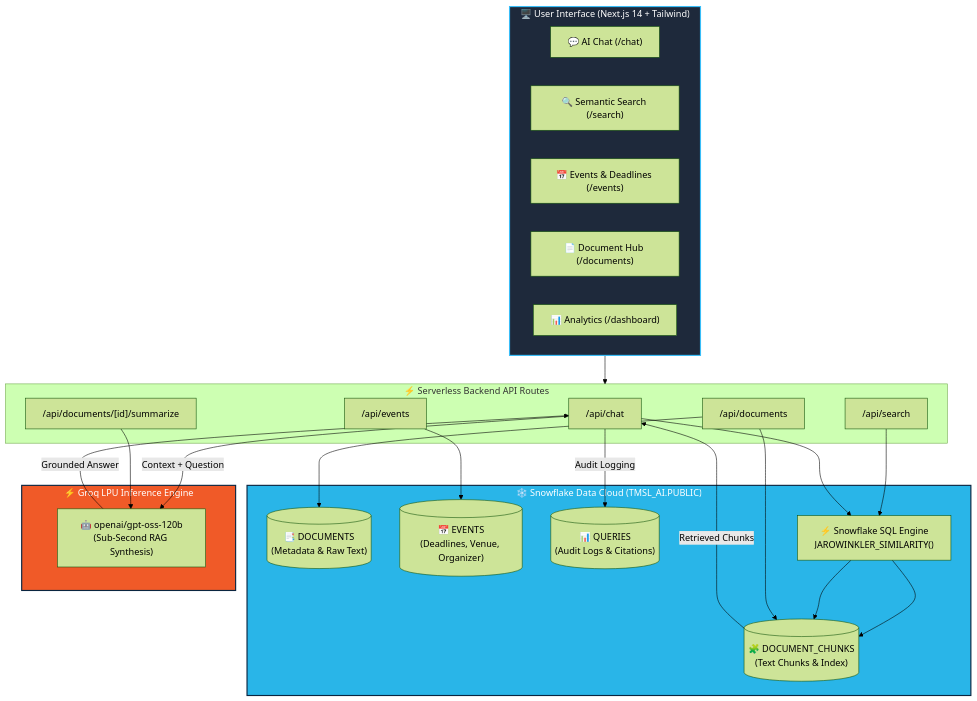
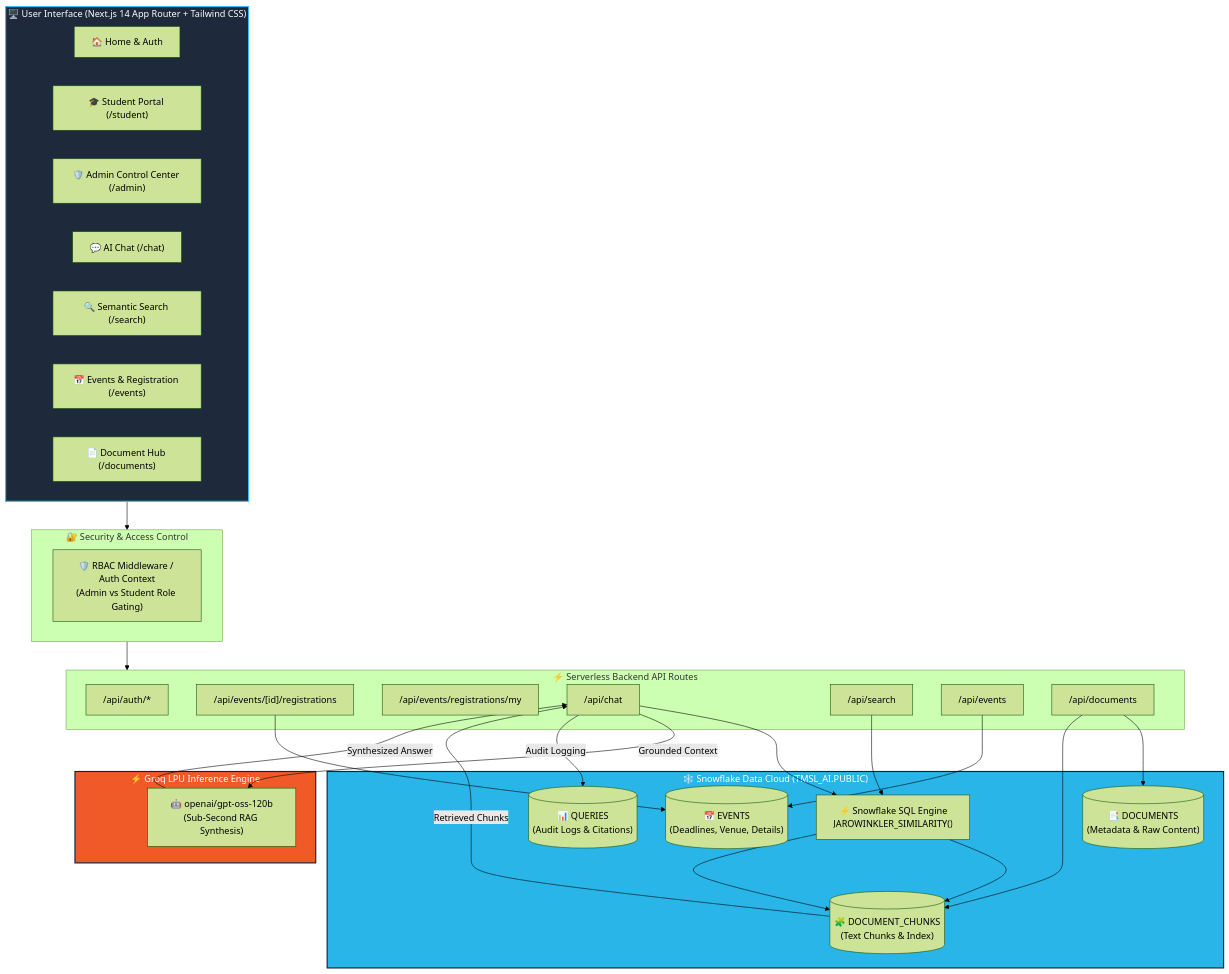
The diagram in README.md (omjeesingh882-bit/AI_HACKATHON), drawn with Mermaid (forest theme) before and after one commit. The commit also changed other lines of this file, not shown here.

Commit message:
Update and structure README.md with RBAC, event registrations, group tracking, and API docs

````diff
--- a/README.md
+++ b/README.md
@@ -89,51 +95,61 @@
 ```mermaid
 flowchart TD
-    subgraph Client["🖥️ User Interface (Next.js 14 + Tailwind)"]
+    subgraph Client["🖥️ User Interface (Next.js 14 App Router + Tailwind CSS)"]
+        UI_Home["🏠 Home & Auth"]
+        UI_Student["🎓 Student Portal (/student)"]
+        UI_Admin["🛡️ Admin Control Center (/admin)"]
         UI_Chat["💬 AI Chat (/chat)"]
         UI_Search["🔍 Semantic Search (/search)"]
-        UI_Events["📅 Events & Deadlines (/events)"]
+        UI_Events["📅 Events & Registration (/events)"]
         UI_Docs["📄 Document Hub (/documents)"]
-        UI_Dash["📊 Analytics (/dashboard)"]
+    end
+
+    subgraph Auth["🔐 Security & Access Control"]
+        RBAC["🛡️ RBAC Middleware / Auth Context\n(Admin vs Student Role Gating)"]
     end
 
     subgraph API["⚡ Serverless Backend API Routes"]
+        R_Auth["/api/auth/*"]
+        R_Reg["/api/events/[id]/registrations"]
+        R_MyReg["/api/events/registrations/my"]
         R_Chat["/api/chat"]
         R_Search["/api/search"]
         R_Events["/api/events"]
         R_Docs["/api/documents"]
-        R_Summ["/api/documents/[id]/summarize"]
     end
 
     subgraph Snowflake["❄️ Snowflake Data Cloud (TMSL_AI.PUBLIC)"]
-        T_Docs[("📑 DOCUMENTS\n(Metadata & Raw Text)")]
+        T_Docs[("📑 DOCUMENTS\n(Metadata & Raw Content)")]
         T_Chunks[("🧩 DOCUMENT_CHUNKS\n(Text Chunks & Index)")]
-        T_Events[("📅 EVENTS\n(Deadlines, Venue, Organizer)")]
+        T_Events[("📅 EVENTS\n(Deadlines, Venue, Details)")]
         T_Queries[("📊 QUERIES\n(Audit Logs & Citations)")]
         SQL_Sim["⚡ Snowflake SQL Engine\nJAROWINKLER_SIMILARITY()"]
     end
 
     subgraph Groq["⚡ Groq LPU Inference Engine"]
         LPU["🤖 openai/gpt-oss-120b\n(Sub-Second RAG Synthesis)"]
     end
 
     %% Flow connections
-    Client --> API
+    Client --> Auth
+    Auth --> API
+    
     R_Search --> SQL_Sim
     SQL_Sim --> T_Chunks
     
     R_Chat --> SQL_Sim
     SQL_Sim --> T_Chunks
     T_Chunks -->|Retrieved Chunks| R_Chat
-    R_Chat -->|Context + Question| LPU
-    LPU -->|Grounded Answer| R_Chat
+    R_Chat -->|Grounded Context| LPU
+    LPU -->|Synthesized Answer| R_Chat
     R_Chat -->|Audit Logging| T_Queries
 
     R_Docs --> T_Docs
     R_Docs --> T_Chunks
     R_Events --> T_Events
-    R_Summ --> LPU
+    R_Reg --> T_Events
 
     style Snowflake fill:#29B5E8,stroke:#0A2540,stroke-width:2px,color:#fff
     style Groq fill:#F05A28,stroke:#0A2540,stroke-width:2px,color:#fff
     style Client fill:#1E293B,stroke:#38BDF8,stroke-width:2px,color:#fff
 ```
````
